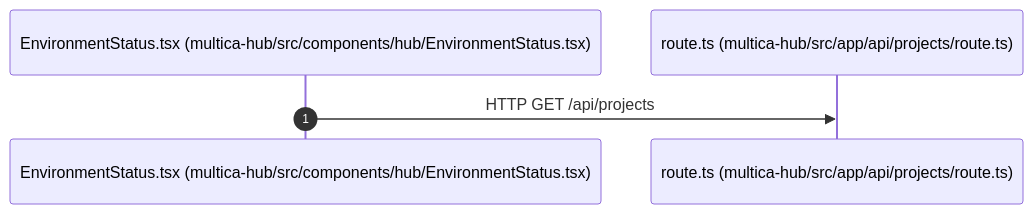
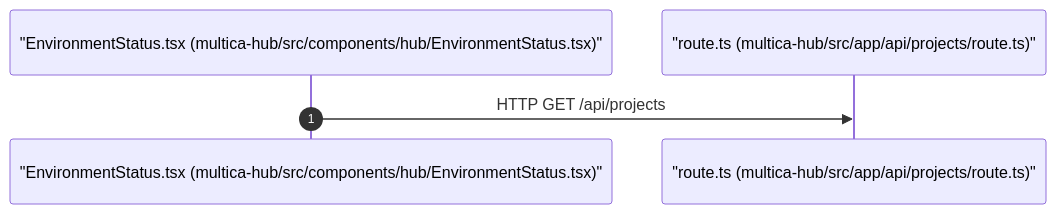
Before and after one commit to buiphucminhtam/forgewright: the diagram in docs/architecture/flows/GET-_api_projects.md, drawn with Mermaid. The commit also changed other lines of this file and 5 other files, not shown here.

Commit message:
fix(diagram): mandate Mermaid for all sequence diagrams and fix parser labels

````diff
--- a/docs/architecture/flows/GET-_api_projects.md
+++ b/docs/architecture/flows/GET-_api_projects.md
@@ -6,8 +6,8 @@
 ```mermaid
 sequenceDiagram
     autonumber
-    participant multica_hub_src_components_hub_EnvironmentStatus_tsx as EnvironmentStatus.tsx (multica-hub/src/components/hub/EnvironmentStatus.tsx)
-    participant multica_hub_src_app_api_projects_route_ts as route.ts (multica-hub/src/app/api/projects/route.ts)
+    participant multica_hub_src_components_hub_EnvironmentStatus_tsx as "EnvironmentStatus.tsx (multica-hub/src/components/hub/EnvironmentStatus.tsx)"
+    participant multica_hub_src_app_api_projects_route_ts as "route.ts (multica-hub/src/app/api/projects/route.ts)"
 
     multica_hub_src_components_hub_EnvironmentStatus_tsx->>multica_hub_src_app_api_projects_route_ts: HTTP GET /api/projects
 ```
````
